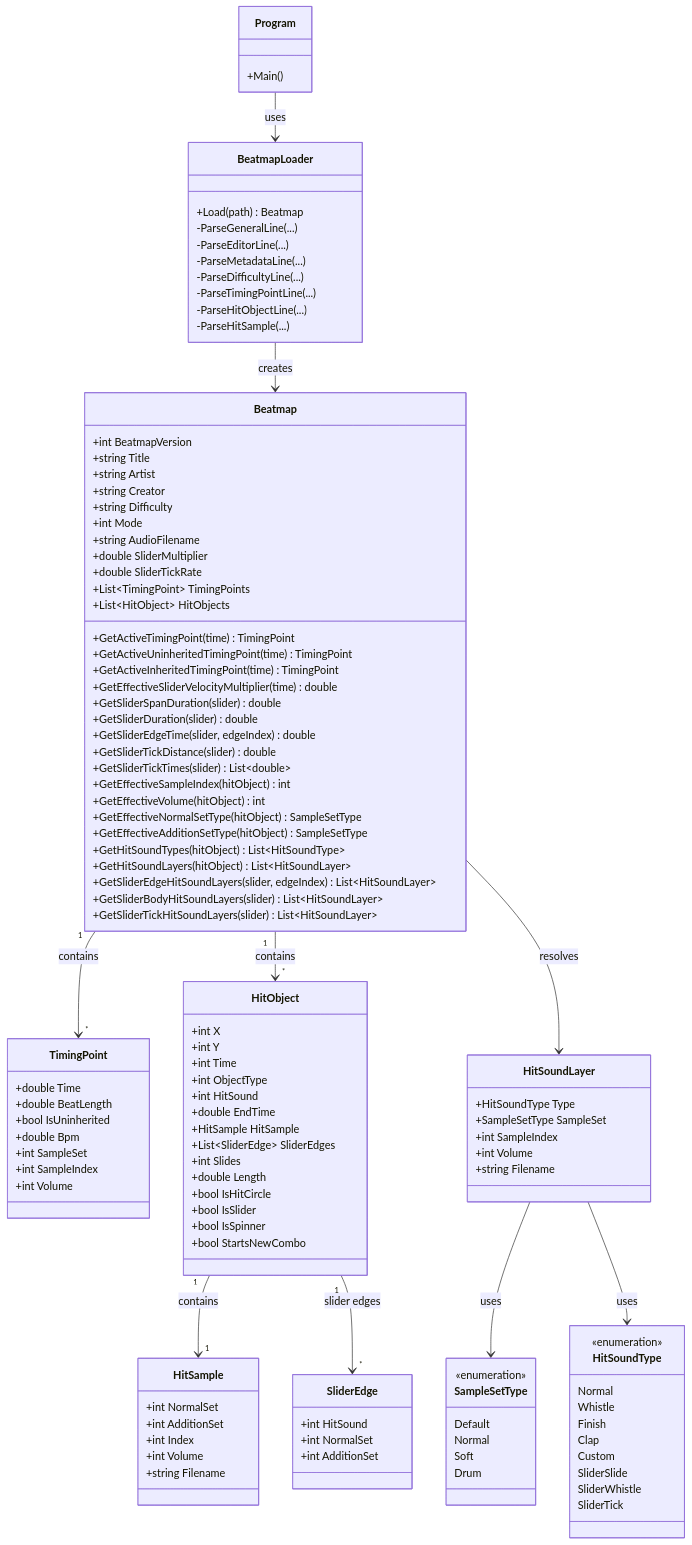
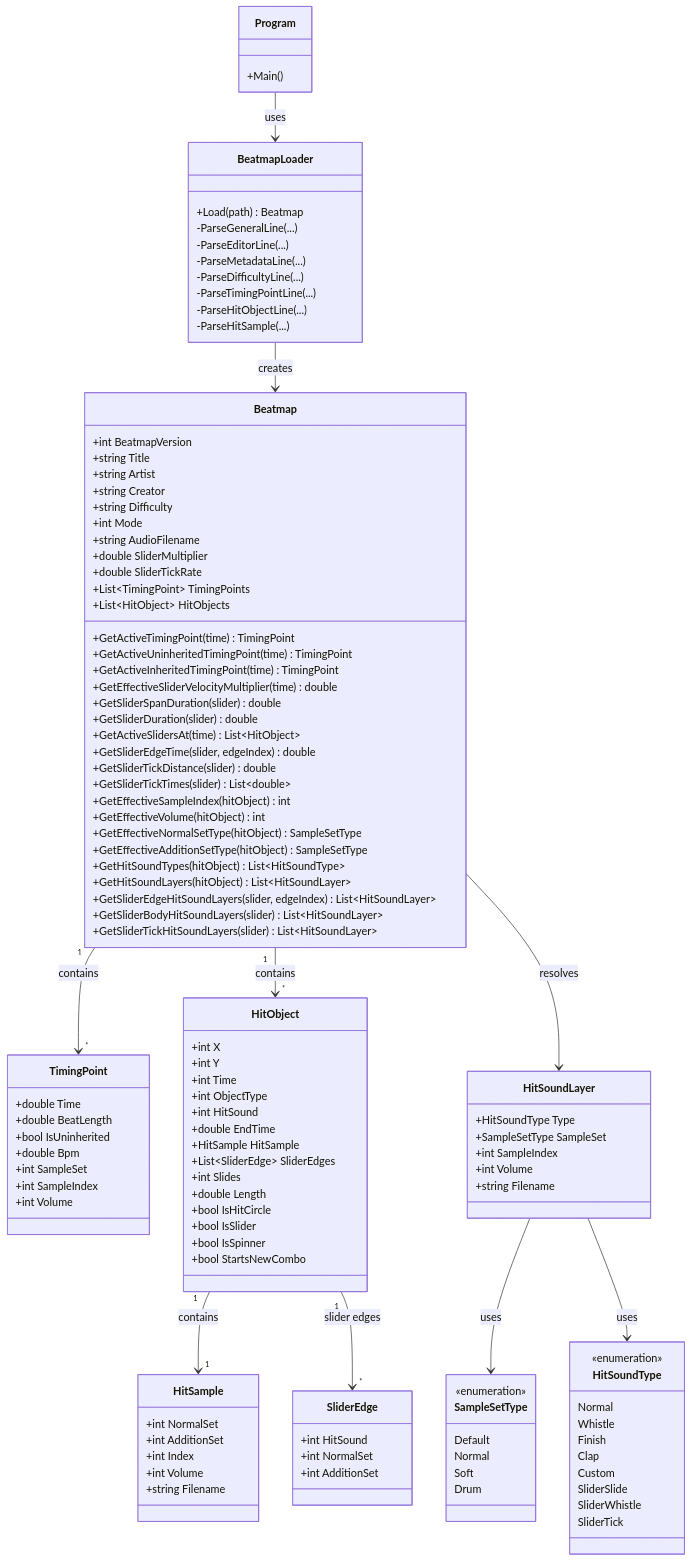
Before and after one commit to FAJIFBEFJHA/osu-hitsound-editor: the second of 11 diagrams in docs/architecture.md, drawn with Mermaid. The commit also changed other lines of this file and 5 other files, not shown here.

```diff
--- a/docs/architecture.md
+++ b/docs/architecture.md
@@ -121,6 +121,7 @@
 
         +GetSliderSpanDuration(slider) double
         +GetSliderDuration(slider) double
+        +GetActiveSlidersAt(time) List~HitObject~
         +GetSliderEdgeTime(slider, edgeIndex) double
         +GetSliderTickDistance(slider) double
         +GetSliderTickTimes(slider) List~double~
```
